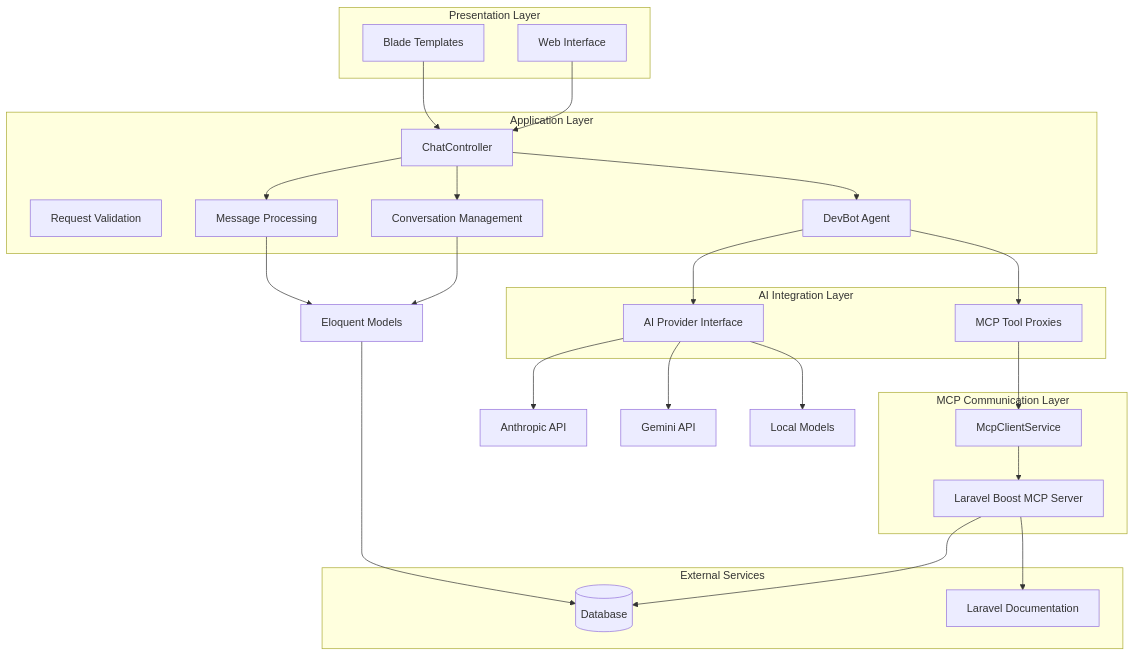
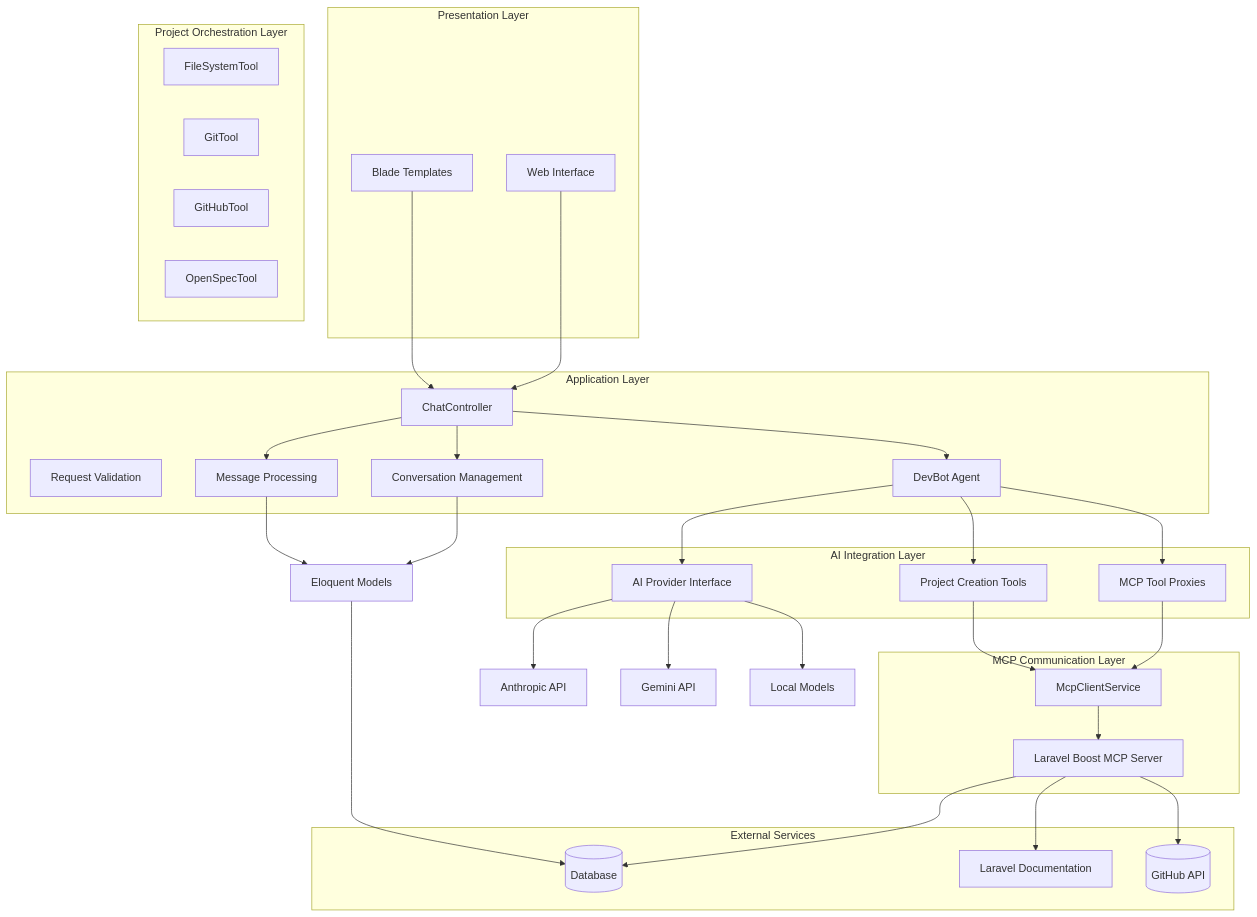
Before and after one commit to siimliimand/laravel-assistant: the first of 25 diagrams in .qoder/repowiki/en/content/AI Integration System/Agent System/DevBot AI Agent System.md, drawn with Mermaid. The commit also changed other lines of this file and 3 other files, not shown here.

First line of the commit message:
feat(devbot): add comprehensive project creation capabilities and expand MCP tool suite

````diff
--- a/.qoder/repowiki/en/content/AI Integration System/Agent System/DevBot AI Agent System.md
+++ b/.qoder/repowiki/en/content/AI Integration System/Agent System/DevBot AI Agent System.md
@@ -64,43 +72,54 @@
 ```mermaid
 graph TB
 subgraph "Presentation Layer"
 UI[Web Interface]
 Blade[Blade Templates]
 end
 subgraph "Application Layer"
 Controller[ChatController]
 Middleware[Request Validation]
 Agent[DevBot Agent]
 Conversation[Conversation Management]
 Message[Message Processing]
 end
 subgraph "AI Integration Layer"
 AI_Provider[AI Provider Interface]
 Tools[MCP Tool Proxies]
+ProjectTools[Project Creation Tools]
+end
+subgraph "Project Orchestration Layer"
+FileSystemTool[FileSystemTool]
+GitTool[GitTool]
+GitHubTool[GitHubTool]
+OpenSpecTool[OpenSpecTool]
 end
 subgraph "MCP Communication Layer"
 McpClientService[McpClientService]
 BoostServer[Laravel Boost MCP Server]
 end
 subgraph "External Services"
 Database[(Database)]
 Docs[Laravel Documentation]
+GitHub[(GitHub API)]
 end
 UI --> Controller
 Blade --> Controller
 Controller --> Agent
 Controller --> Conversation
 Controller --> Message
 Agent --> AI_Provider
 Agent --> Tools
+Agent --> ProjectTools
 Tools --> McpClientService
+ProjectTools --> McpClientService
 McpClientService --> BoostServer
 BoostServer --> Database
 BoostServer --> Docs
+BoostServer --> GitHub
 Conversation --> Models[Eloquent Models]
 Message --> Models
 Models --> Database
 AI_Provider --> Anthropic[Anthropic API]
 AI_Provider --> Gemini[Gemini API]
 AI_Provider --> Local[Local Models]
 ```
````
